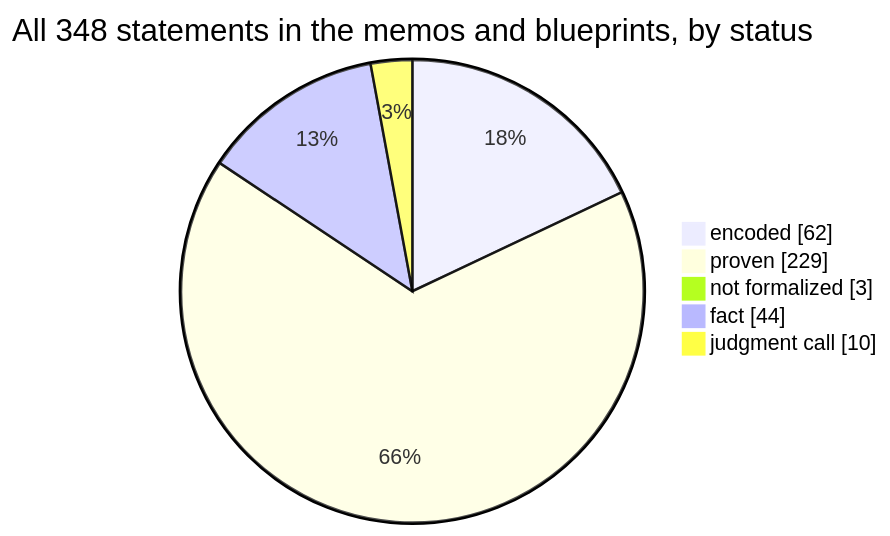
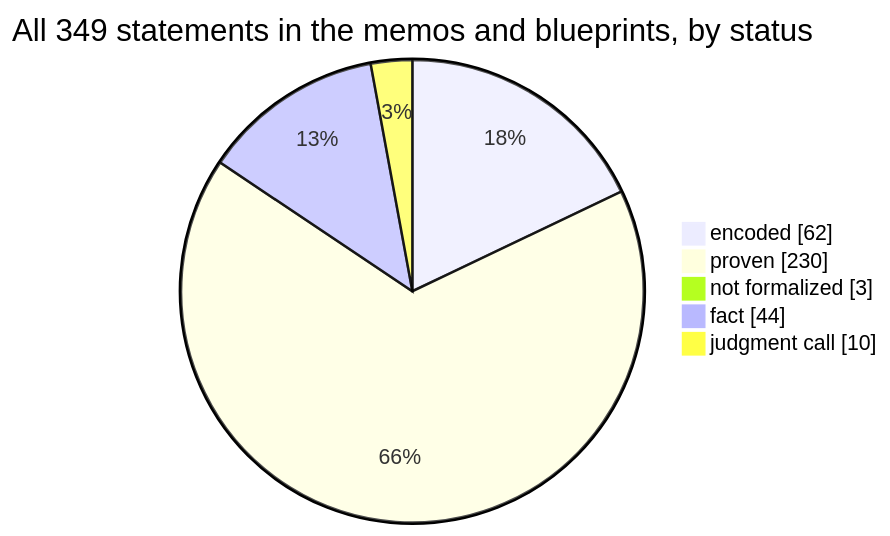
The first of 4 diagrams in docs/graphs/dashboard.md (SeanWMurray/Canteen), drawn with Mermaid before and after one commit. The commit also changed other lines of this file and 14 other files, not shown here.

````diff
--- a/docs/graphs/dashboard.md
+++ b/docs/graphs/dashboard.md
@@ -11,8 +11,8 @@
 ```mermaid
-pie showData title All 348 statements in the memos and blueprints, by status
+pie showData title All 349 statements in the memos and blueprints, by status
     "encoded" : 62
-    "proven" : 229
+    "proven" : 230
     "not formalized" : 3
     "fact" : 44
     "judgment call" : 10
 ```
````
